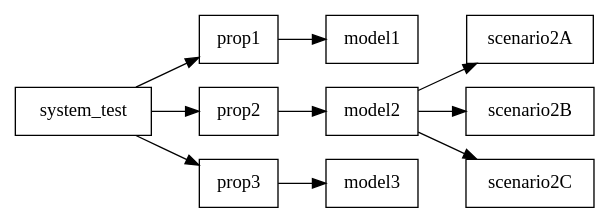
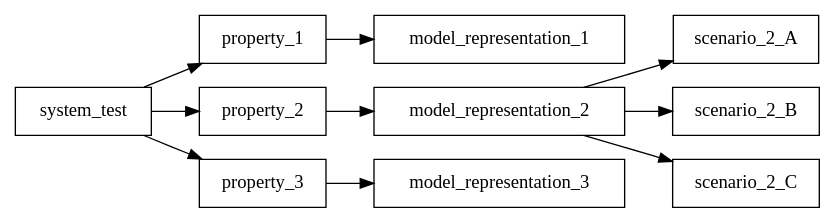
The diagram in doc/test_hierarchy.dot (th0114nd/uffda), drawn with Graphviz before and after one commit. The commit also changed 1 other file, not shown here.

```diff
--- a/doc/test_hierarchy.dot
+++ b/doc/test_hierarchy.dot
@@ -1,43 +1,16 @@
 digraph G {
-//       {
-//           node [shape = star]
-//           system_test
-//       }
-//       {
-//           node [shape = pentagon]
-//           prop2
-//       }
-//       {
-//           node [shape = square]
-//           prop1
-//           prop2
-//           prop3
-//       }
-//       {
-//           node [shape = signature]
-//           model1
-//           model2
-//           model3
-//       }
-//       {
-//           node [shape = restrictionsite]
-//           scenario1
-//           scenario2
-//           scenario3
-//       }
        rankdir=LR
        node [shape = rectangle]
-       system_test -> prop1
-       system_test -> prop2
-       system_test -> prop3
+       system_test -> property_1
+       system_test -> property_2
+       system_test -> property_3
 
-//       prop2 -> prop2;
        
-       prop1 -> model1
-       prop2 -> model2
-       prop3 -> model3
+       property_1 -> model_representation_1
+       property_2 -> model_representation_2
+       property_3 -> model_representation_3
        
-       model2 -> scenario2A
-       model2 -> scenario2B
-       model2 -> scenario2C
+       model_representation_2 -> scenario_2_A
+       model_representation_2 -> scenario_2_B
+       model_representation_2 -> scenario_2_C
 }
```
